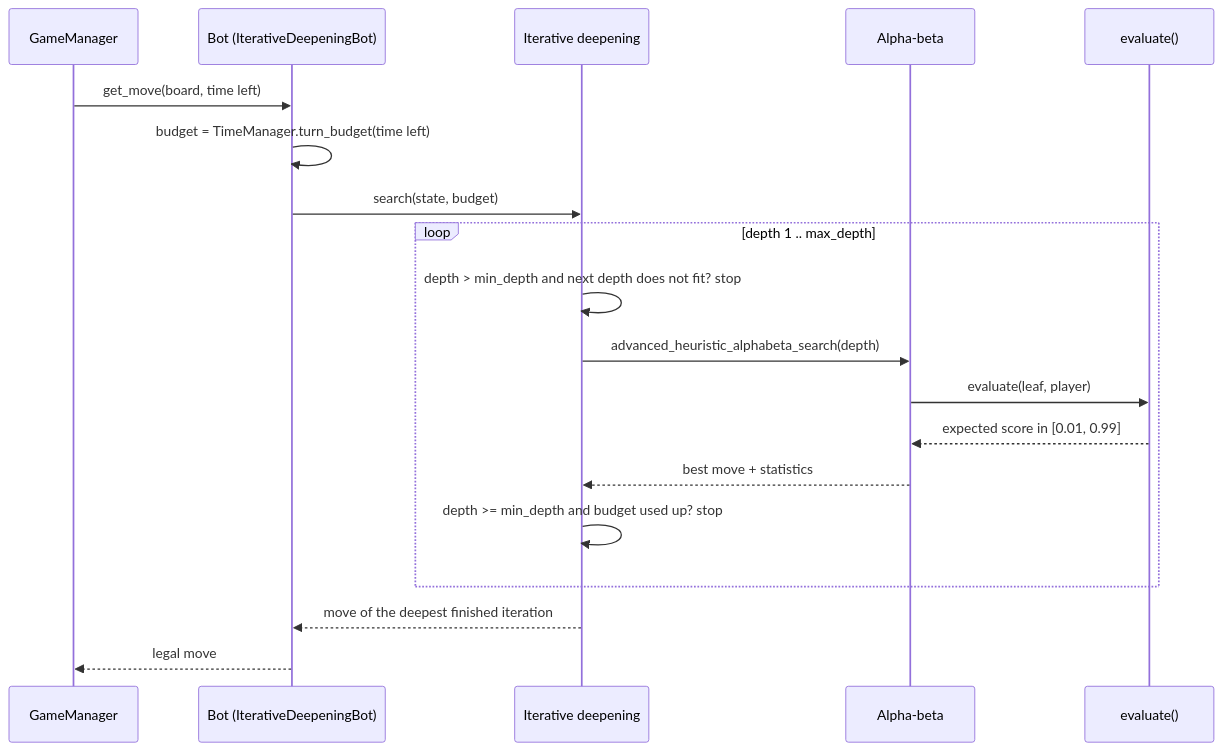
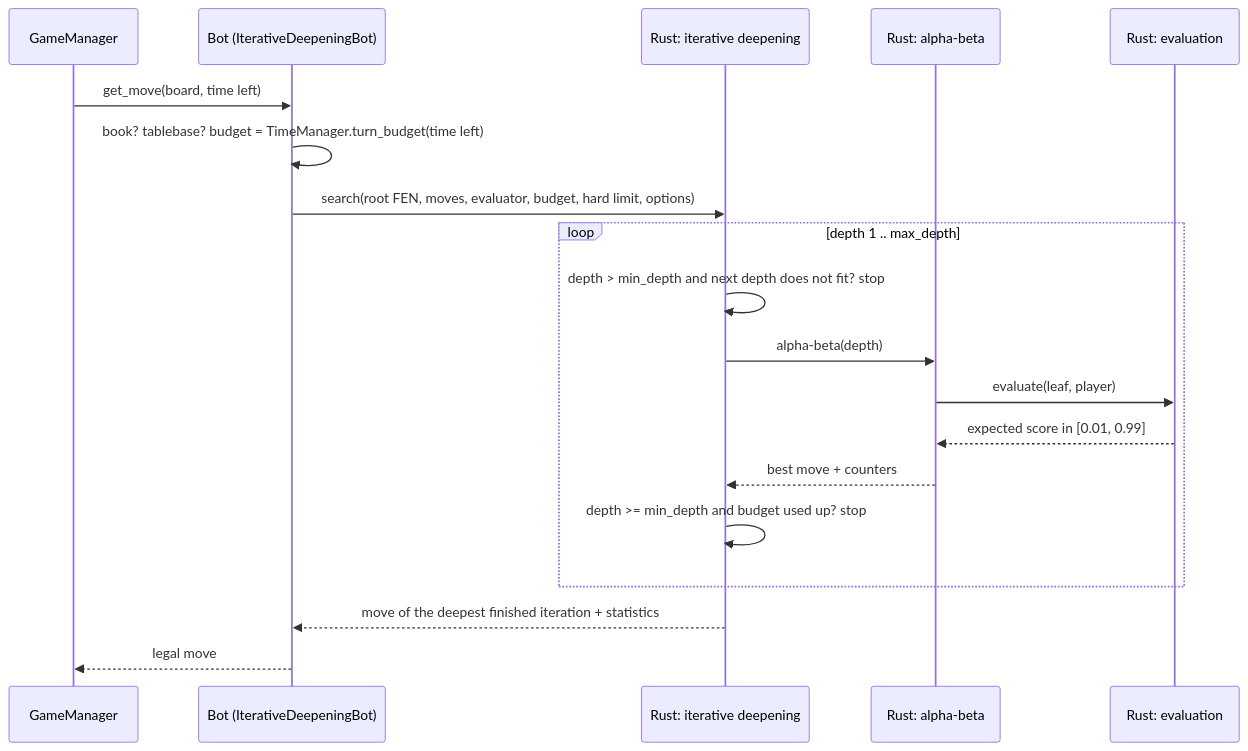
The third of 3 diagrams in docs/ARCHITECTURE.md (JoaquinDeVA/chess-ai-engine), drawn with Mermaid before and after one commit. The commit also changed other lines of this file and 8 other files, not shown here.

Commit message:
feat: helper threads search ahead of the main thread; thread scaling measured; docs of the Rust move

````diff
--- a/docs/ARCHITECTURE.md
+++ b/docs/ARCHITECTURE.md
@@ -124,21 +120,21 @@
 ```mermaid
 sequenceDiagram
     participant G as GameManager
     participant B as Bot (IterativeDeepeningBot)
-    participant S as Iterative deepening
-    participant A as Alpha-beta
-    participant E as evaluate()
+    participant S as Rust: iterative deepening
+    participant A as Rust: alpha-beta
+    participant E as Rust: evaluation
     G->>B: get_move(board, time left)
-    B->>B: budget = TimeManager.turn_budget(time left)
-    B->>S: search(state, budget)
+    B->>B: book? tablebase? budget = TimeManager.turn_budget(time left)
+    B->>S: search(root FEN, moves, evaluator, budget, hard limit, options)
     loop depth 1 .. max_depth
         S->>S: depth > min_depth and next depth does not fit? stop
-        S->>A: advanced_heuristic_alphabeta_search(depth)
+        S->>A: alpha-beta(depth)
         A->>E: evaluate(leaf, player)
         E-->>A: expected score in [0.01, 0.99]
-        A-->>S: best move + statistics
+        A-->>S: best move + counters
         S->>S: depth >= min_depth and budget used up? stop
     end
-    S-->>B: move of the deepest finished iteration
+    S-->>B: move of the deepest finished iteration + statistics
     B-->>G: legal move
 ```
````
